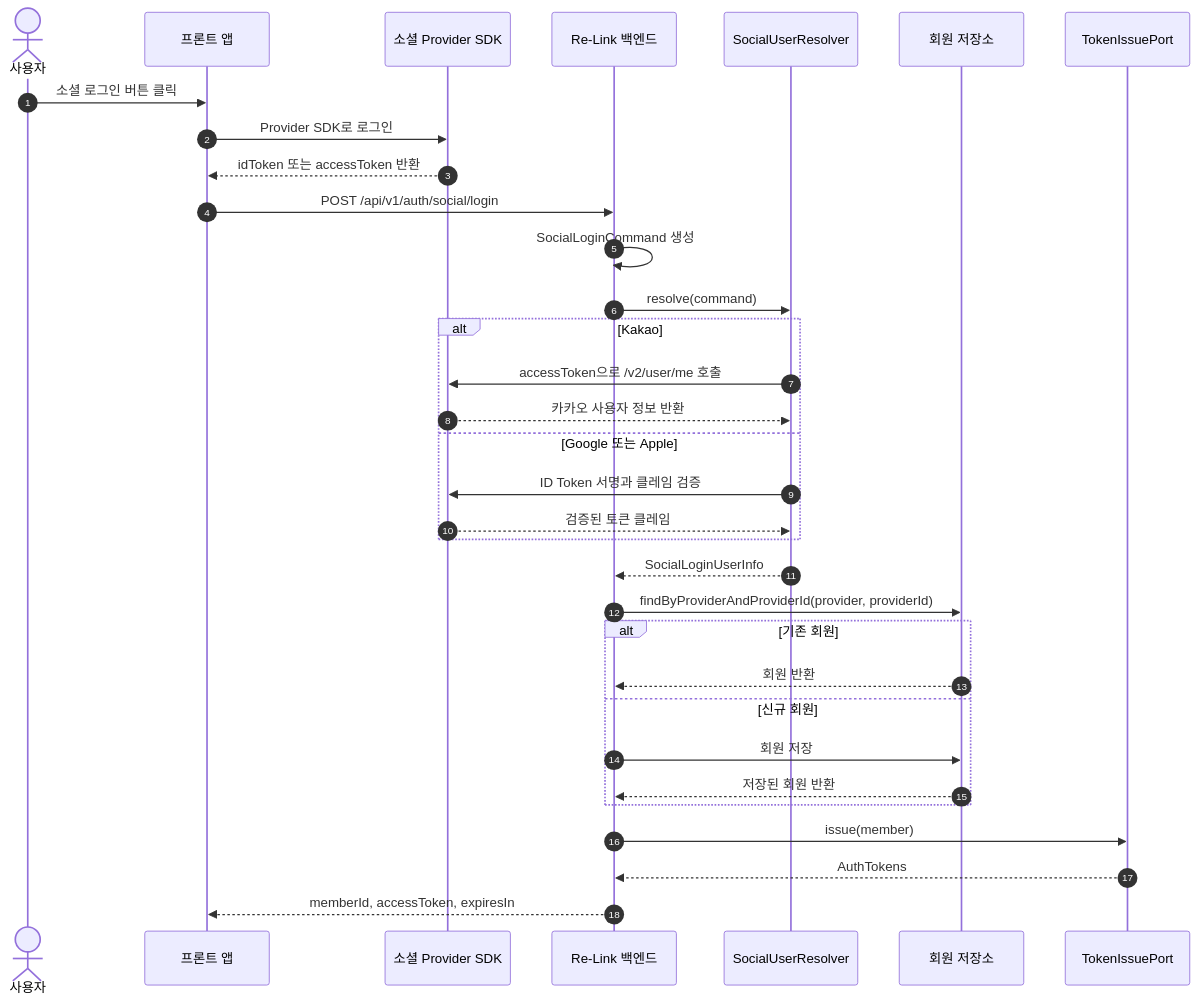
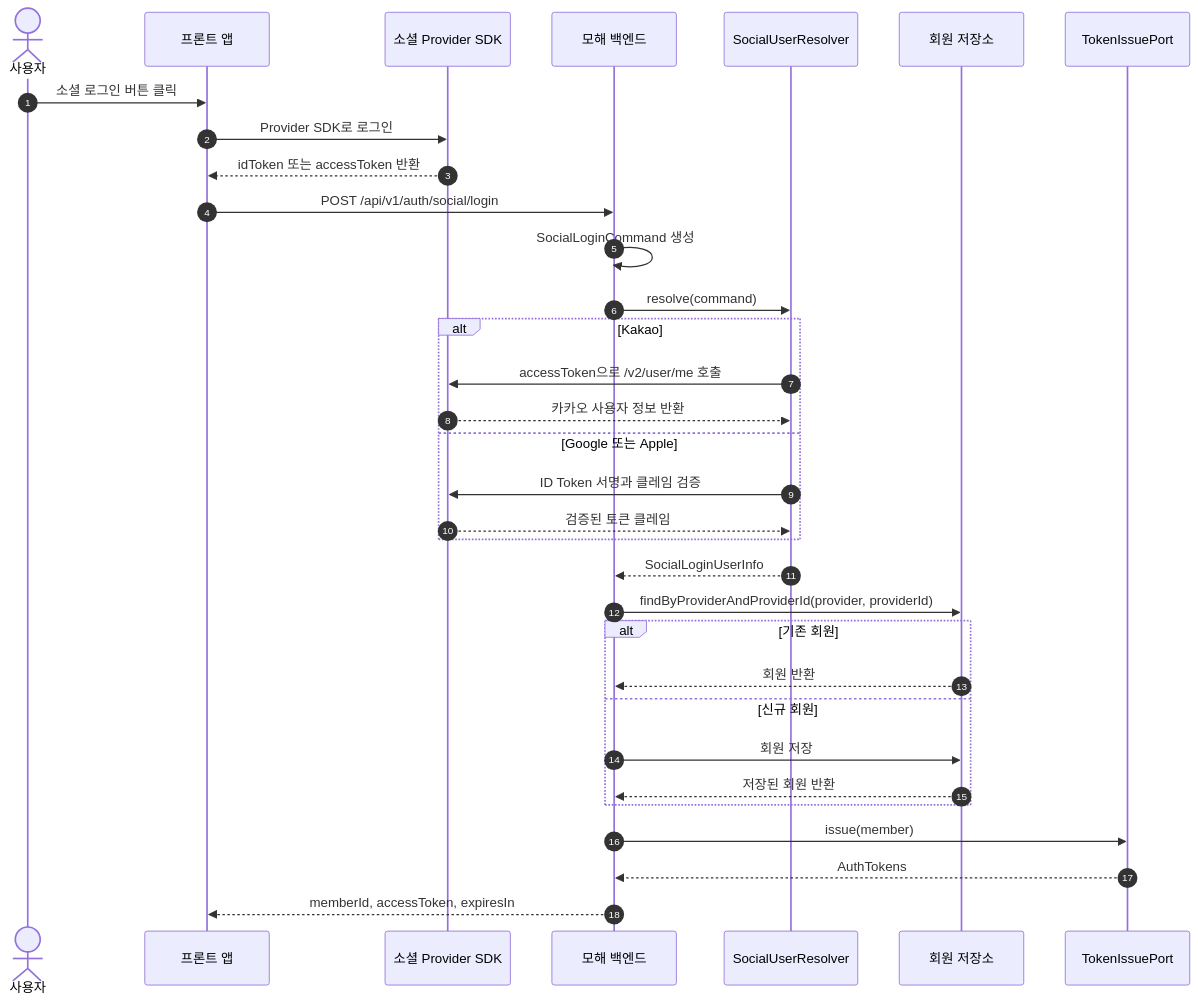
One commit to Very-43rd-Mo-Hae/backend changed the diagram in README.md. Above: the diagram before and after it, drawn with Mermaid. The commit also changed other lines of this file and 15 other files, not shown here.

````diff
--- a/README.md
+++ b/README.md
@@ -11,40 +11,40 @@
 ```mermaid
 sequenceDiagram
     autonumber
     actor User as 사용자
     participant App as 프론트 앱
     participant Provider as 소셜 Provider SDK
-    participant API as Re-Link 백엔드
+    participant API as 모해 백엔드
     participant Resolver as SocialUserResolver
     participant Member as 회원 저장소
     participant JWT as TokenIssuePort
 
     User->>App: 소셜 로그인 버튼 클릭
     App->>Provider: Provider SDK로 로그인
     Provider-->>App: idToken 또는 accessToken 반환
     App->>API: POST /api/v1/auth/social/login
     API->>API: SocialLoginCommand 생성
     API->>Resolver: resolve(command)
 
     alt Kakao
         Resolver->>Provider: accessToken으로 /v2/user/me 호출
         Provider-->>Resolver: 카카오 사용자 정보 반환
     else Google 또는 Apple
         Resolver->>Provider: ID Token 서명과 클레임 검증
         Provider-->>Resolver: 검증된 토큰 클레임
     end
 
     Resolver-->>API: SocialLoginUserInfo
     API->>Member: findByProviderAndProviderId(provider, providerId)
 
     alt 기존 회원
         Member-->>API: 회원 반환
     else 신규 회원
         API->>Member: 회원 저장
         Member-->>API: 저장된 회원 반환
     end
 
     API->>JWT: issue(member)
     JWT-->>API: AuthTokens
     API-->>App: memberId, accessToken, expiresIn
 ```
````
